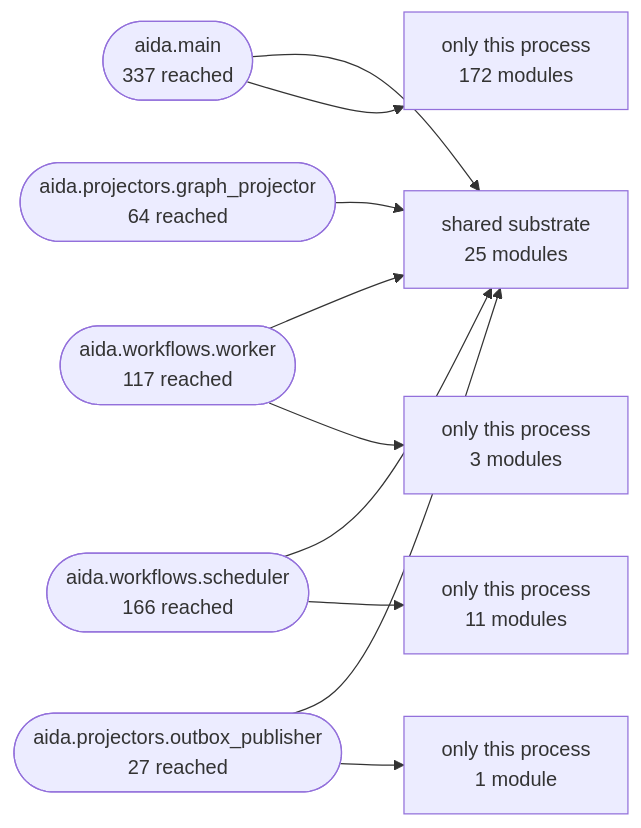
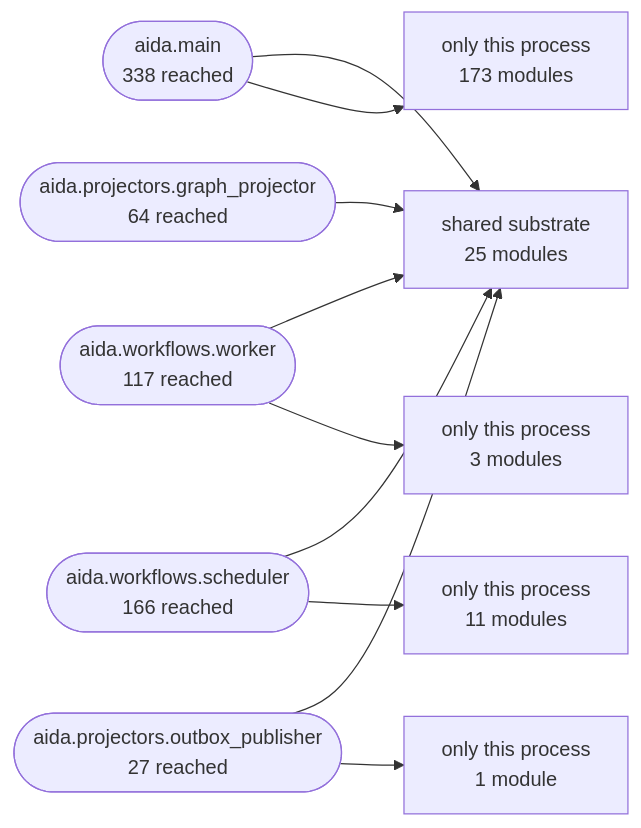
Before and after one commit to karuppusamym/AIDataAnalyst: the second of 3 diagrams in Docs/10-architecture/14-generated-architecture-map.md, drawn with Mermaid. The commit also changed other lines of this file and 14 other files, not shown here.

````diff
--- a/Docs/10-architecture/14-generated-architecture-map.md
+++ b/Docs/10-architecture/14-generated-architecture-map.md
@@ -172,22 +172,22 @@
 ```mermaid
 graph LR
   shared["shared substrate<br/>25 modules"]
-  aida_main(["aida.main<br/>337 reached"])
+  aida_main(["aida.main<br/>338 reached"])
   aida_workflows_worker(["aida.workflows.worker<br/>117 reached"])
   aida_workflows_scheduler(["aida.workflows.scheduler<br/>166 reached"])
   aida_projectors_graph_projector(["aida.projectors.graph_projector<br/>64 reached"])
   aida_projectors_outbox_publisher(["aida.projectors.outbox_publisher<br/>27 reached"])
   aida_main --> shared
-  only_aida_main["only this process<br/>172 modules"]
+  only_aida_main["only this process<br/>173 modules"]
   aida_main --> only_aida_main
   aida_workflows_worker --> shared
   only_aida_workflows_worker["only this process<br/>3 modules"]
   aida_workflows_worker --> only_aida_workflows_worker
   aida_workflows_scheduler --> shared
   only_aida_workflows_scheduler["only this process<br/>11 modules"]
   aida_workflows_scheduler --> only_aida_workflows_scheduler
   aida_projectors_graph_projector --> shared
   aida_projectors_outbox_publisher --> shared
   only_aida_projectors_outbox_publisher["only this process<br/>1 module"]
   aida_projectors_outbox_publisher --> only_aida_projectors_outbox_publisher
 ```
````
